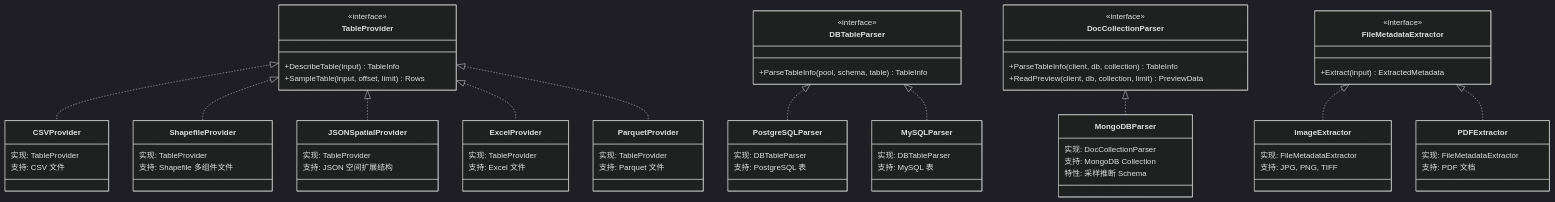
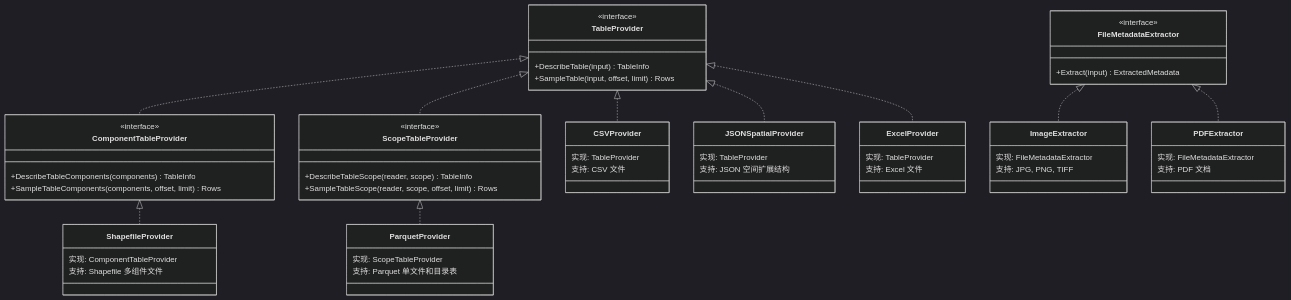
Before and after one commit to pampa0629/addp: the fourth of 7 diagrams in docs/concepts/addp元数据体系图.md, drawn with Mermaid (dark theme). The commit also changed other lines of this file and 61 other files, not shown here.

```diff
--- a/docs/concepts/addp元数据体系图.md
+++ b/docs/concepts/addp元数据体系图.md
@@ -129,15 +129,16 @@
         +SampleTable(input, offset, limit) Rows
     }
 
-    class DBTableParser {
+    class ComponentTableProvider {
         <<interface>>
-        +ParseTableInfo(pool, schema, table) TableInfo
+        +DescribeTableComponents(components) TableInfo
+        +SampleTableComponents(components, offset, limit) Rows
     }
 
-    class DocCollectionParser {
+    class ScopeTableProvider {
         <<interface>>
-        +ParseTableInfo(client, db, collection) TableInfo
-        +ReadPreview(client, db, collection, limit) PreviewData
+        +DescribeTableScope(reader, scope) TableInfo
+        +SampleTableScope(reader, scope, offset, limit) Rows
     }
 
     class FileMetadataExtractor {
@@ -151,7 +152,7 @@
     }
 
     class ShapefileProvider {
-        实现: TableProvider
+        实现: ComponentTableProvider
         支持: Shapefile 多组件文件
     }
 
@@ -166,24 +167,8 @@
     }
 
     class ParquetProvider {
-        实现: TableProvider
-        支持: Parquet 文件
-    }
-
-    class PostgreSQLParser {
-        实现: DBTableParser
-        支持: PostgreSQL 表
-    }
-
-    class MySQLParser {
-        实现: DBTableParser
-        支持: MySQL 表
-    }
-
-    class MongoDBParser {
-        实现: DocCollectionParser
-        支持: MongoDB Collection
-        特性: 采样推断 Schema
+        实现: ScopeTableProvider
+        支持: Parquet 单文件和目录表
     }
 
     class ImageExtractor {
@@ -197,15 +182,12 @@
     }
 
     TableProvider <|.. CSVProvider
-    TableProvider <|.. ShapefileProvider
     TableProvider <|.. JSONSpatialProvider
     TableProvider <|.. ExcelProvider
-    TableProvider <|.. ParquetProvider
-
-    DBTableParser <|.. PostgreSQLParser
-    DBTableParser <|.. MySQLParser
-
-    DocCollectionParser <|.. MongoDBParser
+    TableProvider <|.. ComponentTableProvider
+    TableProvider <|.. ScopeTableProvider
+    ComponentTableProvider <|.. ShapefileProvider
+    ScopeTableProvider <|.. ParquetProvider
 
     FileMetadataExtractor <|.. ImageExtractor
     FileMetadataExtractor <|.. PDFExtractor
```
